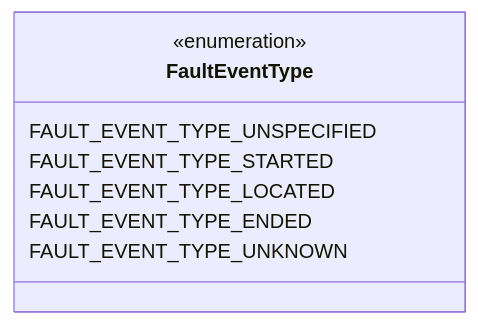
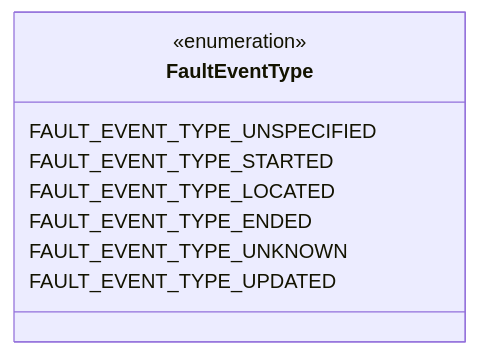
Before and after one commit to zaphiro-technologies/protobuf: the third of 7 diagrams in docs/fault.proto.md, drawn with Mermaid. The commit also changed other lines of this file and 6 other files, not shown here.

First line of the commit message:
Add Updated to `FaultEventType` (#85)

````diff
--- a/docs/fault.proto.md
+++ b/docs/fault.proto.md
@@ -168,14 +169,15 @@
 ```mermaid
 classDiagram
 direction LR
 %% The collection of Fault Event Types defined so far.
 
 class FaultEventType{
   <<enumeration>>
   FAULT_EVENT_TYPE_UNSPECIFIED
   FAULT_EVENT_TYPE_STARTED
   FAULT_EVENT_TYPE_LOCATED
   FAULT_EVENT_TYPE_ENDED
   FAULT_EVENT_TYPE_UNKNOWN
+  FAULT_EVENT_TYPE_UPDATED
 }
 ```
````
